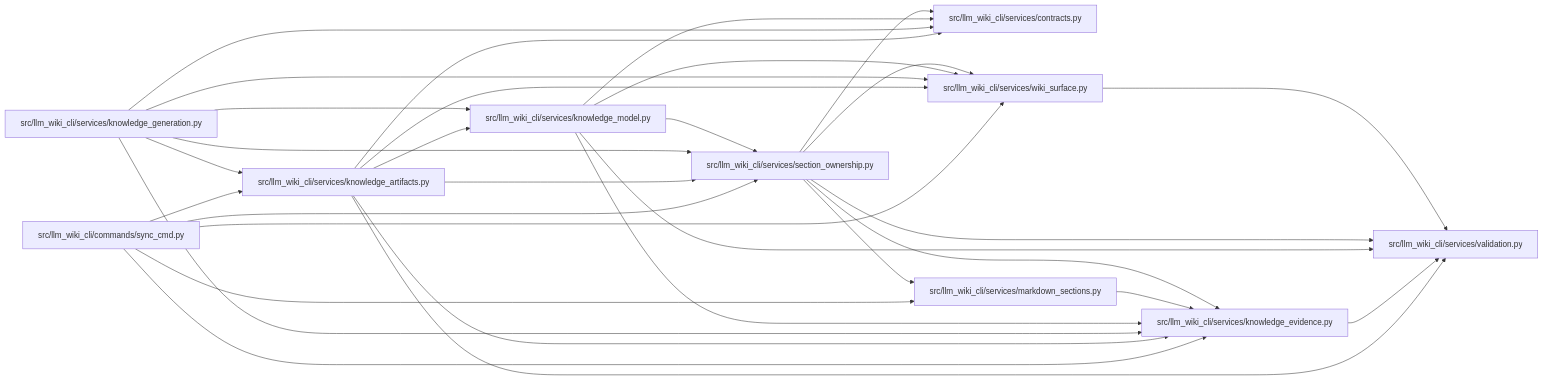
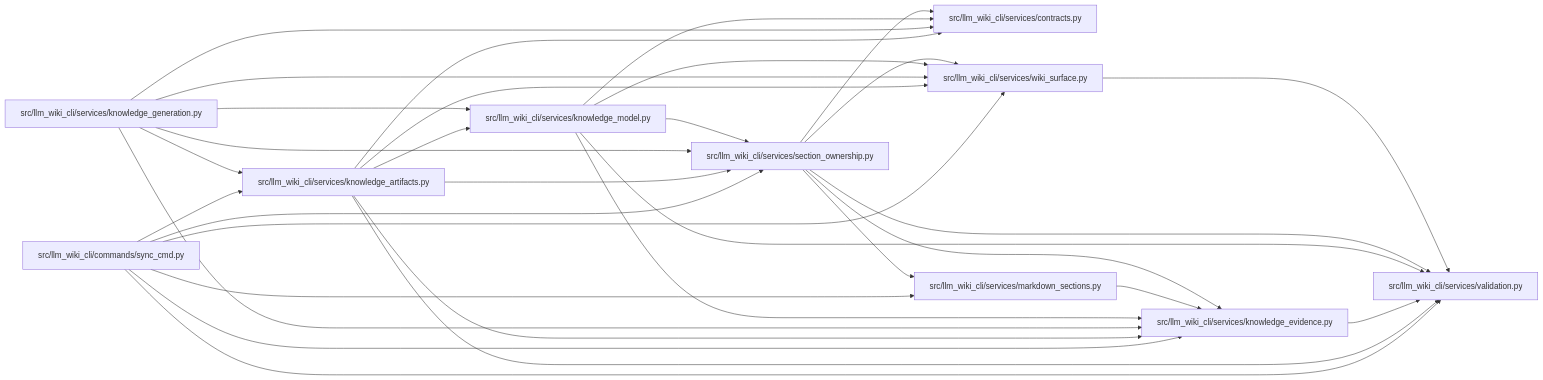
Before and after one commit to Denissvgn/python-wiki-llm: the diagram in docs/llm_wiki/modules/section_ownership.md, drawn with Mermaid. The commit also changed 240 other files, not shown here.

````diff
--- a/docs/llm_wiki/modules/section_ownership.md
+++ b/docs/llm_wiki/modules/section_ownership.md
@@ -34,53 +34,54 @@
 ```mermaid
 flowchart LR
     n0["src/llm_wiki_cli/commands/sync_cmd.py"]
     n1["src/llm_wiki_cli/services/contracts.py"]
     n2["src/llm_wiki_cli/services/knowledge_artifacts.py"]
     n3["src/llm_wiki_cli/services/knowledge_evidence.py"]
     n4["src/llm_wiki_cli/services/knowledge_generation.py"]
     n5["src/llm_wiki_cli/services/knowledge_model.py"]
     n6["src/llm_wiki_cli/services/markdown_sections.py"]
     n7["src/llm_wiki_cli/services/section_ownership.py"]
     n8["src/llm_wiki_cli/services/validation.py"]
     n9["src/llm_wiki_cli/services/wiki_surface.py"]
     n0 --> n2
     n0 --> n3
     n0 --> n6
     n0 --> n7
+    n0 --> n8
     n0 --> n9
     n2 --> n1
     n2 --> n3
     n2 --> n5
     n2 --> n7
     n2 --> n8
     n2 --> n9
     n3 --> n8
     n4 --> n1
     n4 --> n2
     n4 --> n3
     n4 --> n5
     n4 --> n7
     n4 --> n9
     n5 --> n1
     n5 --> n3
     n5 --> n7
     n5 --> n8
     n5 --> n9
     n6 --> n3
     n7 --> n1
     n7 --> n3
     n7 --> n6
     n7 --> n8
     n7 --> n9
     n9 --> n8
     click n0 "../modules/sync_cmd.md"
     click n1 "../modules/services_contracts.md"
     click n2 "../modules/knowledge_artifacts.md"
     click n3 "../modules/knowledge_evidence.md"
     click n4 "../modules/knowledge_generation.md"
     click n5 "../modules/knowledge_model.md"
     click n6 "../modules/markdown_sections.md"
     click n7 "../modules/section_ownership.md"
     click n8 "../modules/validation.md"
     click n9 "../modules/wiki_surface.md"
 ```
````
